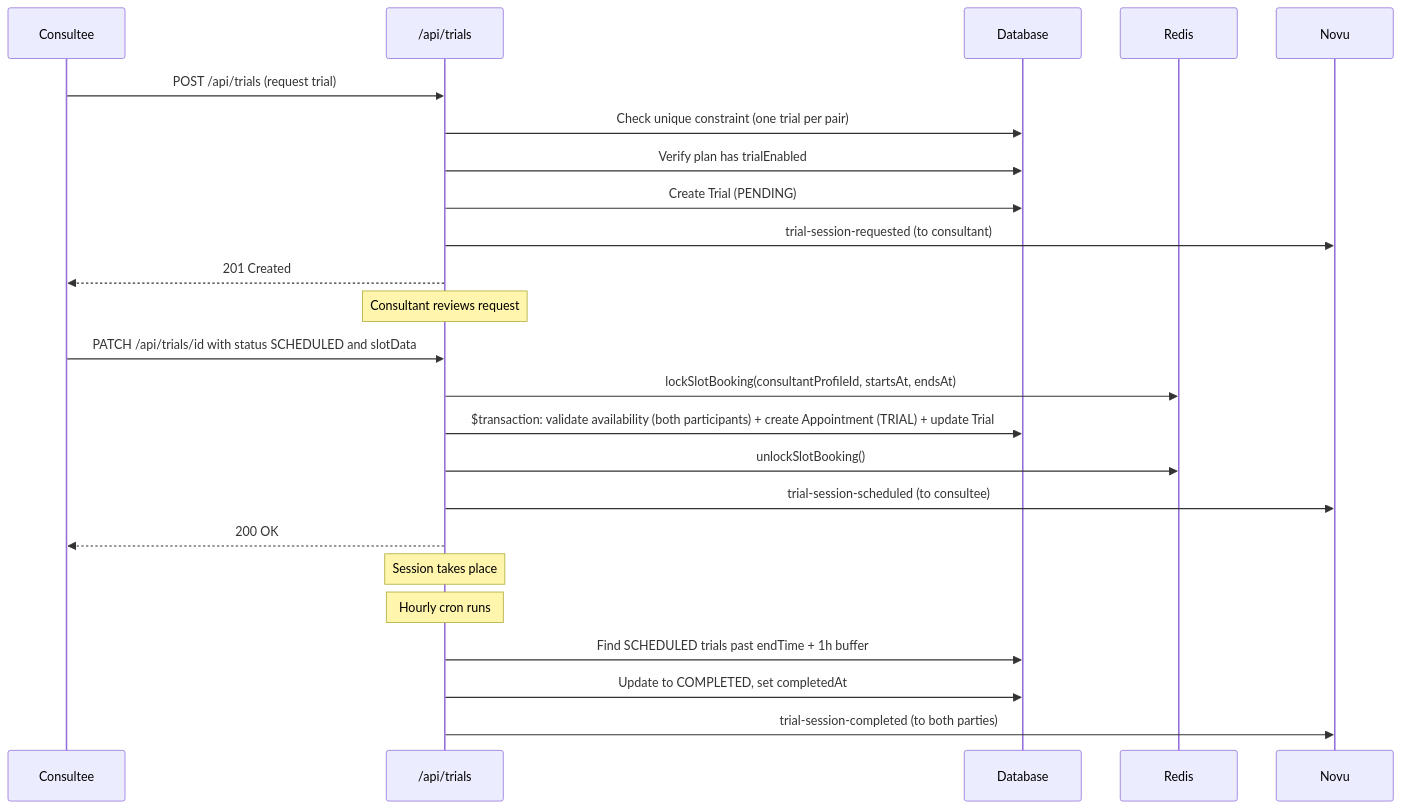
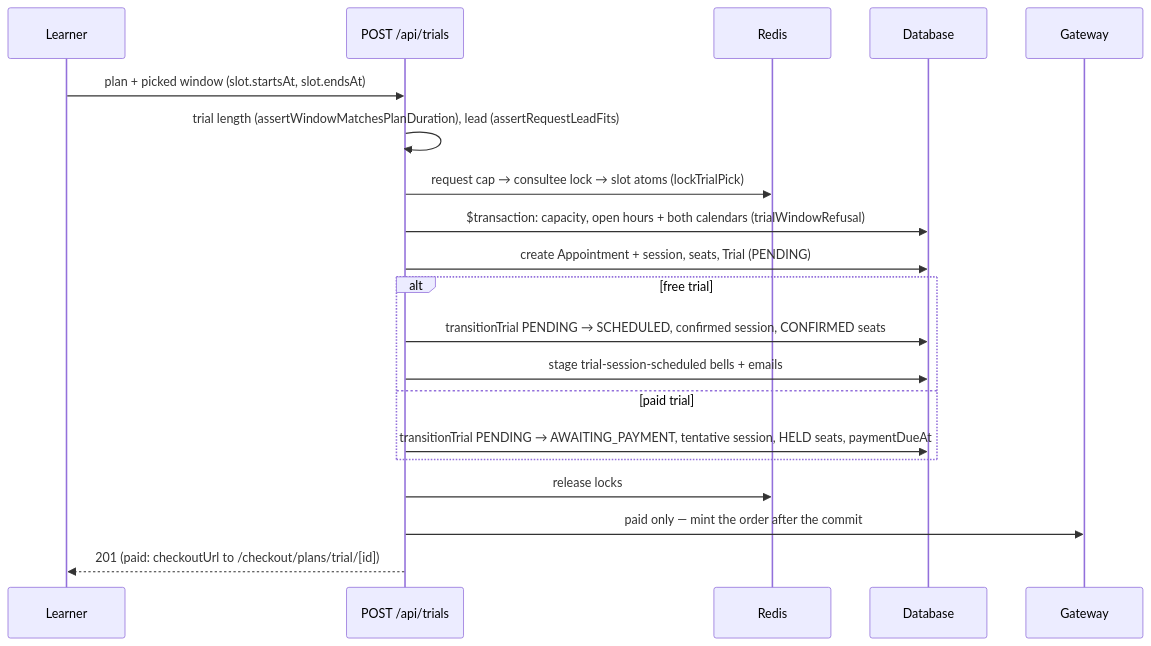
One commit to Practitionist/familiarise_web changed the second of 2 diagrams in docs/booking/09-trials.md. Above: the diagram before and after it, drawn with Mermaid. The commit also changed other lines of this file and 5 other files, not shown here.

First line of the commit message:
docs(trials): the buyer's pick, trial reschedule and the expert's cancel

````diff
--- a/docs/booking/09-trials.md
+++ b/docs/booking/09-trials.md
@@ -139,31 +149,23 @@
 ```mermaid
 sequenceDiagram
-    participant Consultee
-    participant API as /api/trials
+    participant Learner
+    participant API as POST /api/trials
+    participant Redis
     participant DB as Database
-    participant Redis
-    participant Novu
+    participant Gateway
 
-    Consultee->>API: POST /api/trials (request trial)
-    API->>DB: Check unique constraint (one trial per pair)
-    API->>DB: Verify plan has trialEnabled
-    API->>DB: Create Trial (PENDING)
-    API->>Novu: trial-session-requested (to consultant)
-    API-->>Consultee: 201 Created
-
-    Note over API: Consultant reviews request
-
-    Consultee->>API: PATCH /api/trials/id with status SCHEDULED and slotData
-    API->>Redis: lockSlotBooking(consultantProfileId, startsAt, endsAt)
-    API->>DB: $transaction: validate availability (both participants) + create Appointment (TRIAL) + update Trial
-    API->>Redis: unlockSlotBooking()
-    API->>Novu: trial-session-scheduled (to consultee)
-    API-->>Consultee: 200 OK
-
-    Note over API: Session takes place
-
-    Note over API: Hourly cron runs
-    API->>DB: Find SCHEDULED trials past endTime + 1h buffer
-    API->>DB: Update to COMPLETED, set completedAt
-    API->>Novu: trial-session-completed (to both parties)
+    Learner->>API: plan + picked window (slot.startsAt, slot.endsAt)
+    API->>API: trial length (assertWindowMatchesPlanDuration), lead (assertRequestLeadFits)
+    API->>Redis: request cap → consultee lock → slot atoms (lockTrialPick)
+    API->>DB: $transaction: capacity, open hours + both calendars (trialWindowRefusal)
+    API->>DB: create Appointment + session, seats, Trial (PENDING)
+    alt free trial
+        API->>DB: transitionTrial PENDING → SCHEDULED, confirmed session, CONFIRMED seats
+        API->>DB: stage trial-session-scheduled bells + emails
+    else paid trial
+        API->>DB: transitionTrial PENDING → AWAITING_PAYMENT, tentative session, HELD seats, paymentDueAt
+    end
+    API->>Redis: release locks
+    API->>Gateway: paid only — mint the order after the commit
+    API-->>Learner: 201 (paid: checkoutUrl to /checkout/plans/trial/[id])
 ```
````
